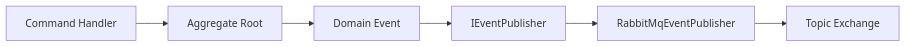
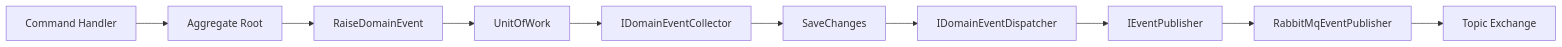
The first of 3 diagrams in docs/adr/ADR-007-RabbitMQ.md (MarcosMj2rs/OrderFlow), drawn with Mermaid before and after one commit. The commit also changed other lines of this file and 1 other file, not shown here.

Commit message:
docs: update RabbitMQ architecture documentation

````diff
--- a/docs/adr/ADR-007-RabbitMQ.md
+++ b/docs/adr/ADR-007-RabbitMQ.md
@@ -342,15 +342,23 @@
 ```mermaid
 flowchart LR
 
 A[Command Handler]
 
 --> B[Aggregate Root]
 
---> C[Domain Event]
+--> C[RaiseDomainEvent]
 
---> D[IEventPublisher]
+--> D[UnitOfWork]
 
---> E[RabbitMqEventPublisher]
+--> E[IDomainEventCollector]
 
---> F[Topic Exchange]
+--> F[SaveChanges]
+
+--> G[IDomainEventDispatcher]
+
+--> H[IEventPublisher]
+
+--> I[RabbitMqEventPublisher]
+
+--> J[Topic Exchange]
 ```
````
